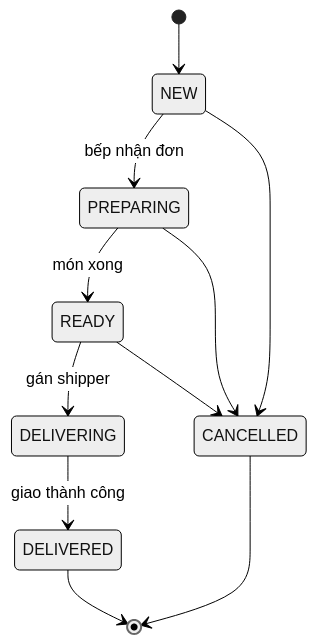
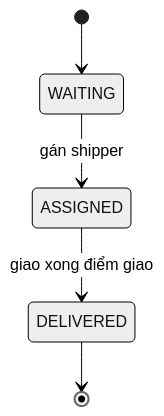
Before and after one commit to HcmusGo/Report-Module_1: the second of 2 diagrams in docs/README.md, drawn with Mermaid (neutral theme). The commit also changed other lines of this file and 29 other files, not shown here.

````diff
--- a/docs/README.md
+++ b/docs/README.md
@@ -217,13 +187,7 @@
 ```mermaid
 stateDiagram-v2
-    [*] --> NEW
-    NEW --> PREPARING: bếp nhận đơn
-    PREPARING --> READY: món xong
-    READY --> DELIVERING: gán shipper
-    DELIVERING --> DELIVERED: giao thành công
-    NEW --> CANCELLED
-    PREPARING --> CANCELLED
-    READY --> CANCELLED
+    [*] --> WAITING
+    WAITING --> ASSIGNED: gán shipper
+    ASSIGNED --> DELIVERED: giao xong điểm giao
     DELIVERED --> [*]
-    CANCELLED --> [*]
 ```
````
